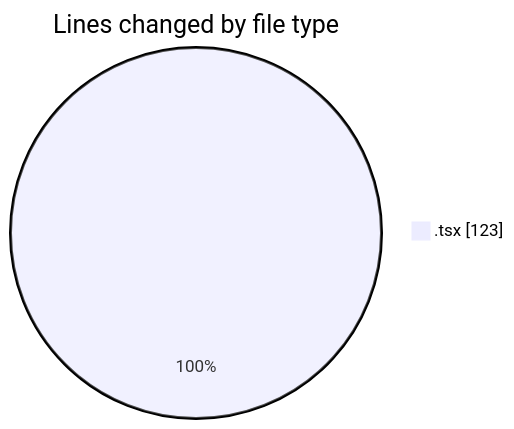
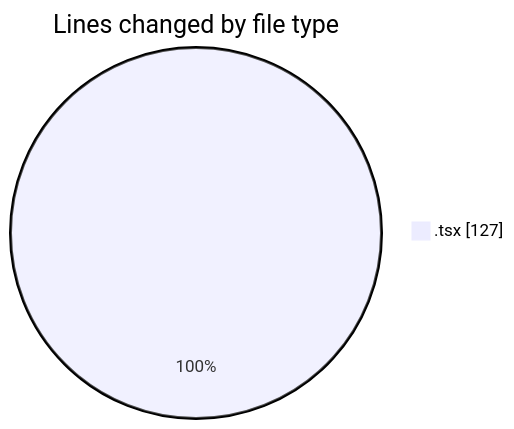
The first of 2 diagrams in 2025-08-01/tw-server/README.md (EIIisD/code-tracking), drawn with Mermaid before and after one commit. The commit also changed other lines of this file and 1 other file, not shown here.

````diff
--- a/2025-08-01/tw-server/README.md
+++ b/2025-08-01/tw-server/README.md
@@ -20,5 +20,5 @@
 ```mermaid
 pie showData
 title Lines changed by file type
-".tsx" : 123
+".tsx" : 127
 ```
````
